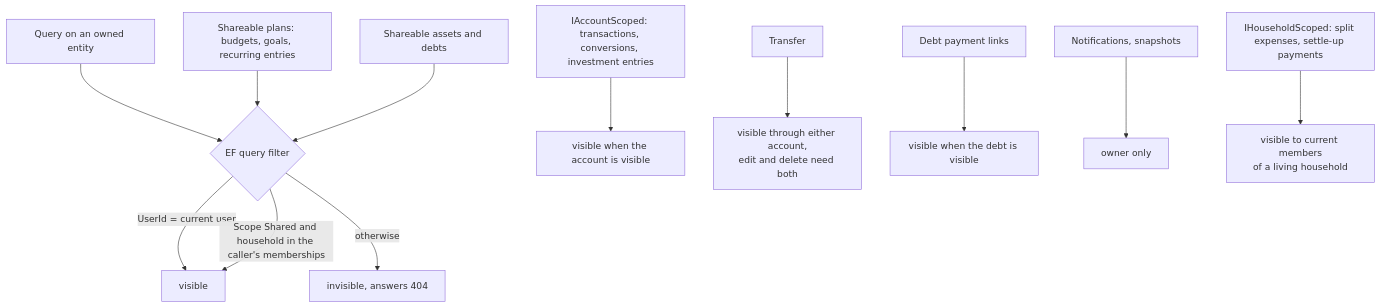
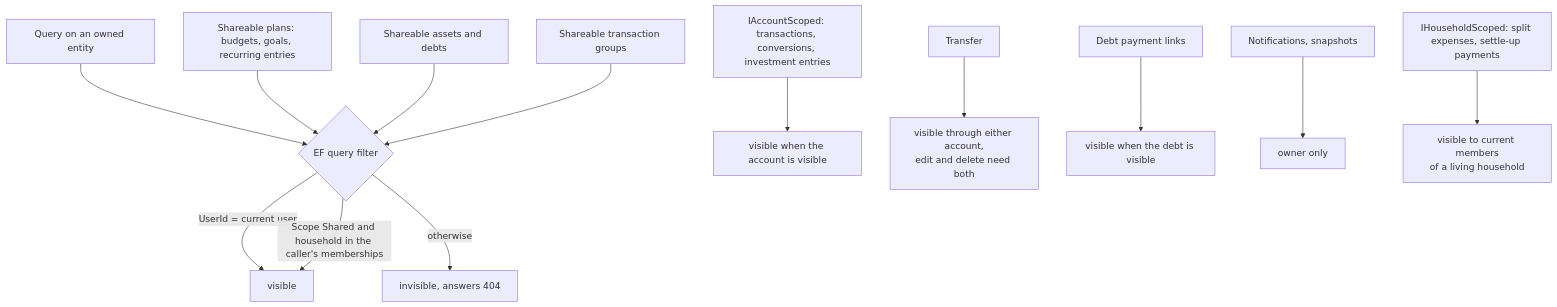
The first of 4 diagrams in docs/features/households-and-sharing.md (Justxs/Jx-Finance), drawn with Mermaid before and after one commit. The commit also changed other lines of this file and 68 other files, not shown here.

````diff
--- a/docs/features/households-and-sharing.md
+++ b/docs/features/households-and-sharing.md
@@ -9,14 +9,15 @@
 ```mermaid
 flowchart TD
     Q["Query on an owned entity"] --> Filter{"EF query filter"}
     Filter -->|"UserId = current user"| See["visible"]
     Filter -->|"Scope Shared and household in the caller's memberships"| See
     Filter -->|"otherwise"| Hidden["invisible, answers 404"]
     Scoped["IAccountScoped: transactions, conversions, investment entries"] --> ViaAcc["visible when the account is visible"]
     Transfer["Transfer"] --> Either["visible through either account,<br/>edit and delete need both"]
     Plans["Shareable plans: budgets, goals, recurring entries"] --> Filter
     Wealth["Shareable assets and debts"] --> Filter
+    Groups["Shareable transaction groups"] --> Filter
     Payment["Debt payment links"] --> ViaDebt["visible when the debt is visible"]
     Personal["Notifications, snapshots"] --> OwnerOnly["owner only"]
     Household["IHouseholdScoped: split expenses, settle-up payments"] --> Members["visible to current members<br/>of a living household"]
 ```
````
